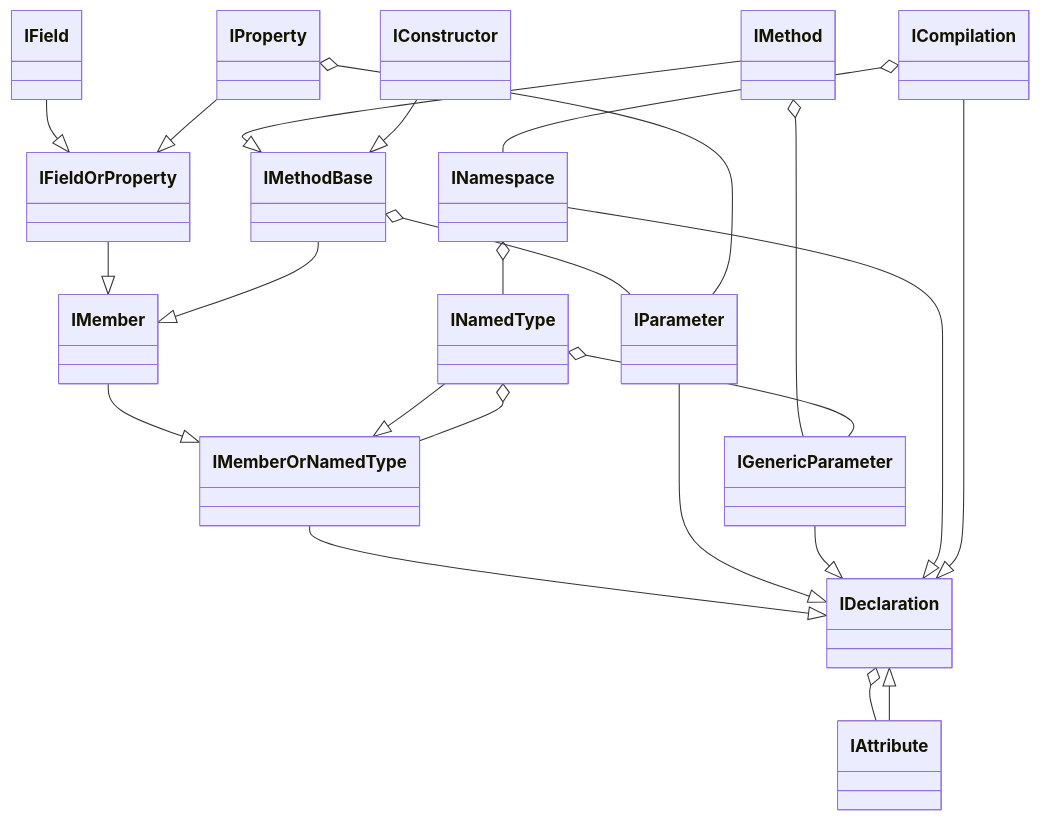
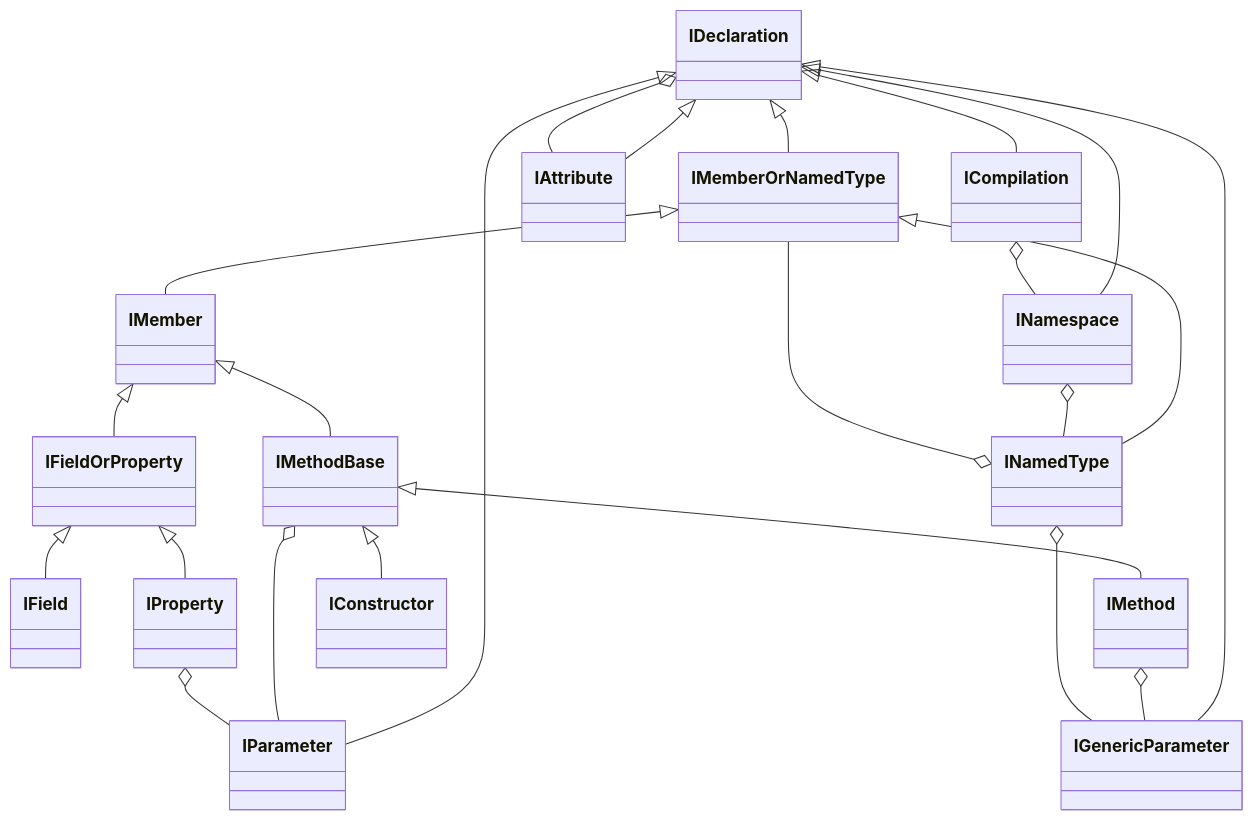
The diagram in docfx/namespaces/Metalama.Framework.Code.md (postsharp/Metalama.Documentation), drawn with Mermaid before and after one commit. The commit also changed 9 other files, not shown here.

Commit message:
Improved class diagrams

````diff
--- a/docfx/namespaces/Metalama.Framework.Code.md
+++ b/docfx/namespaces/Metalama.Framework.Code.md
@@ -9,27 +9,27 @@
 ```mermaid
 classDiagram
-      IMemberOrNamedType --|> IDeclaration
-      IMember --|> IMemberOrNamedType
-      INamedType --|> IMemberOrNamedType
-      IFieldOrProperty --|> IMember
-      IField --|> IFieldOrProperty
-      IProperty --|> IFieldOrProperty
-      IMethodBase --|> IMember
-      IMethod --|> IMethodBase
-      IConstructor --|> IMethodBase
-      IParameter --|> IDeclaration
-      IGenericParameter --|> IDeclaration
-      IAttribute --|> IDeclaration
-      INamespace --|> IDeclaration
-      ICompilation --|> IDeclaration
+      IDeclaration <|-- IMemberOrNamedType
+      IMemberOrNamedType <|-- IMember
+      IMemberOrNamedType <|-- INamedType
+      IMember <|-- IFieldOrProperty
+      IFieldOrProperty <|-- IField
+      IFieldOrProperty <|-- IProperty
+      IMember <|-- IMethodBase
+      IMethodBase <|-- IMethod
+      IMethodBase <|-- IConstructor
+      IDeclaration <|-- IParameter
+      IDeclaration <|-- IGenericParameter
+      IDeclaration <|-- IAttribute
+      IDeclaration <|-- INamespace
+      IDeclaration <|-- ICompilation
       
 
       IMethodBase o-- IParameter
       IProperty o-- IParameter
       IDeclaration o-- IAttribute
       IMethod o-- IGenericParameter
       INamedType o-- IGenericParameter
       INamedType o-- IMemberOrNamedType
       ICompilation o-- INamespace
       INamespace o-- INamedType
 ```
````
